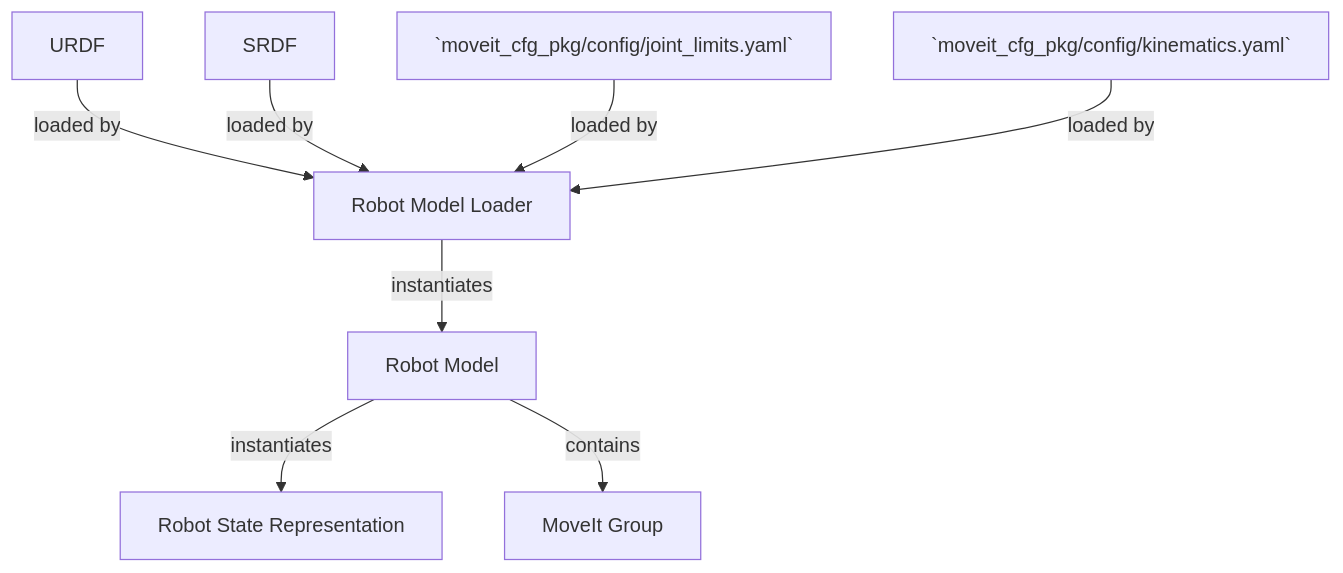
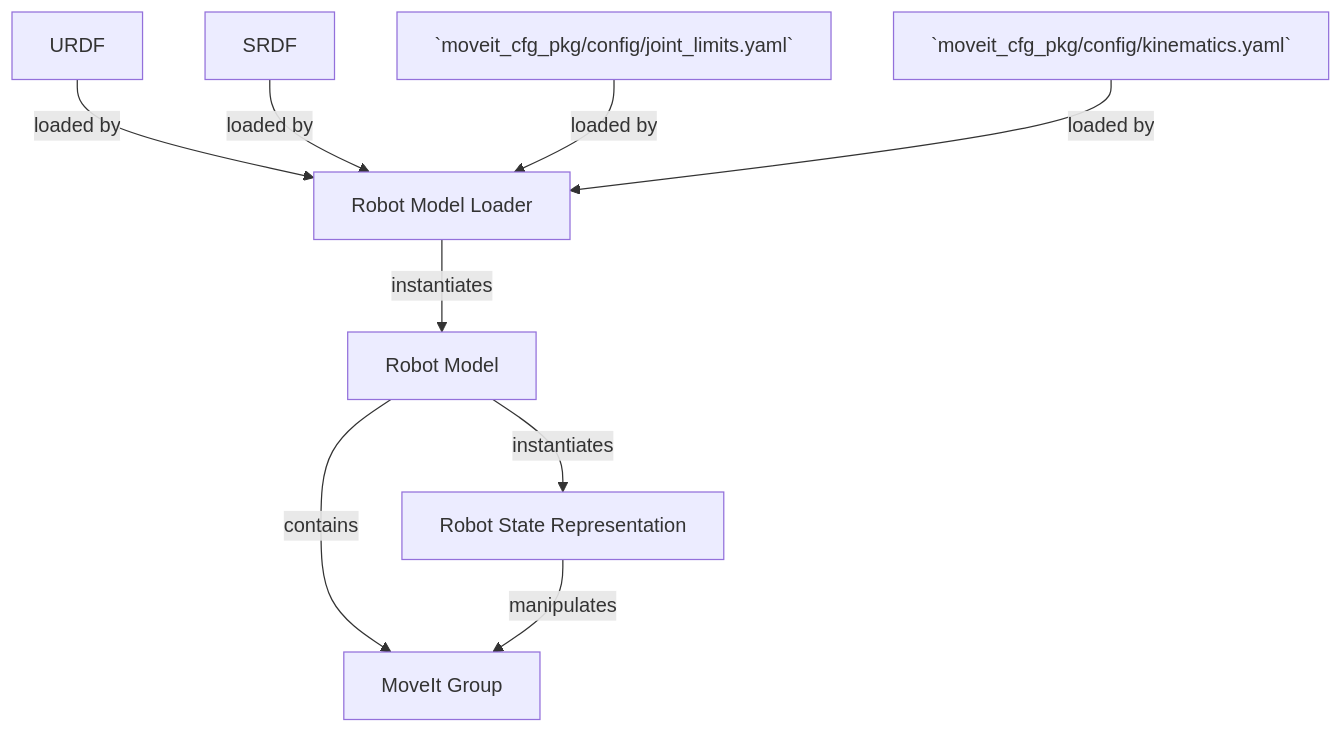
One commit to rafaelrojasmiliani/moveit_tutorial changed the diagram in 01_robot_model_and_kinematics/readme.md. Above: the diagram before and after it, drawn with Mermaid. The commit also changed 1 other file, not shown here.

````diff
--- a/01_robot_model_and_kinematics/readme.md
+++ b/01_robot_model_and_kinematics/readme.md
@@ -25,10 +25,11 @@
 ```mermaid
 graph TD;
     URDF -- loaded by --> RML[Robot Model Loader];
     SRDF -- loaded by --> RML;
     J[`moveit_cfg_pkg/config/joint_limits.yaml`] -- loaded by --> RML;
     K[`moveit_cfg_pkg/config/kinematics.yaml`] -- loaded by --> RML;
     RML -- instantiates --> RM[Robot Model];
     RM -- instantiates --> RS[Robot State Representation];
     RM -- contains --> MG[MoveIt Group];
+    RS -- manipulates --> MG
 ```
````
